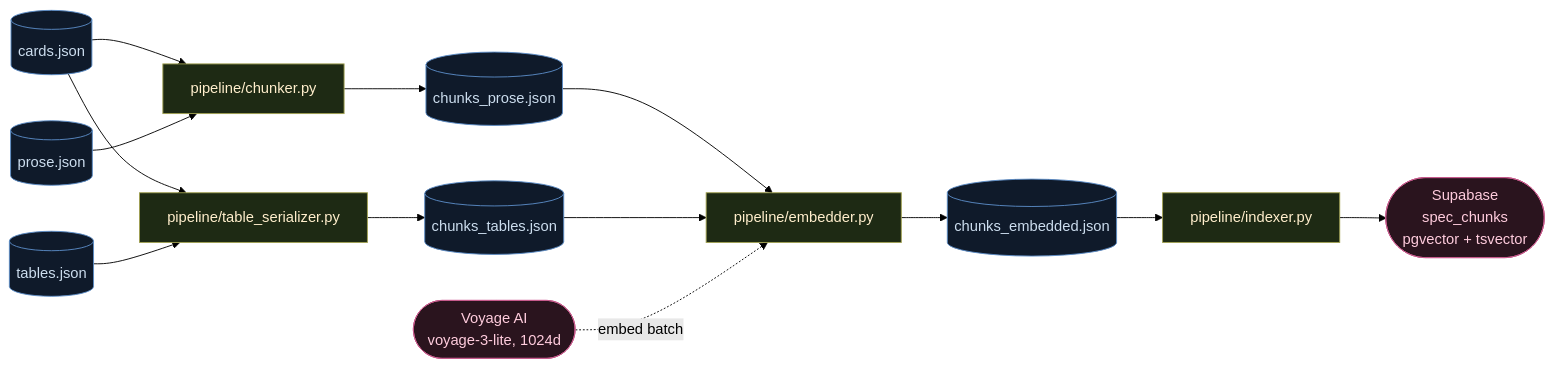
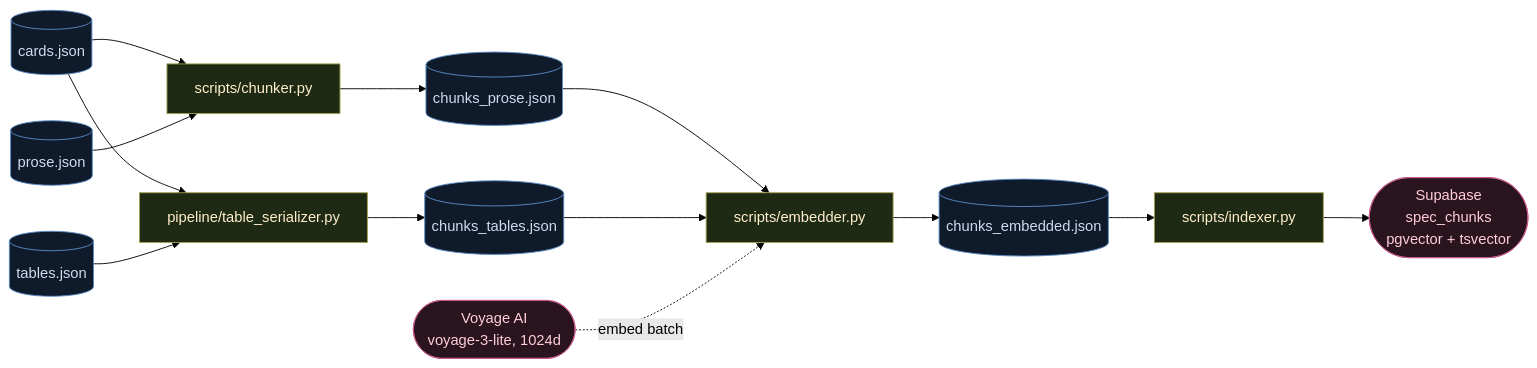
The third of 4 diagrams in docs/ARCHITECTURE.md (SSchmitt2024/specGPT), drawn with Mermaid (forest theme) before and after one commit. The commit also changed other lines of this file and 5 other files, not shown here.

````diff
--- a/docs/ARCHITECTURE.md
+++ b/docs/ARCHITECTURE.md
@@ -115,32 +115,32 @@
 ```mermaid
 flowchart LR
     cardsj[(cards.json)]
     prosej[(prose.json)]
     tabj[(tables.json)]
 
-    cardsj --> CH[pipeline/chunker.py]
+    cardsj --> CH[scripts/chunker.py]
     prosej --> CH
     CH    --> cpj[(chunks_prose.json)]
 
     cardsj --> TS[pipeline/table_serializer.py]
     tabj   --> TS
     TS    --> ctj[(chunks_tables.json)]
 
     Voy([Voyage AI<br/>voyage-3-lite, 1024d])
 
-    cpj --> EM[pipeline/embedder.py]
+    cpj --> EM[scripts/embedder.py]
     ctj --> EM
     Voy -. embed batch .-> EM
     EM  --> cej[(chunks_embedded.json)]
 
     SB([Supabase<br/>spec_chunks<br/>pgvector + tsvector])
-    cej --> IX[pipeline/indexer.py]
+    cej --> IX[scripts/indexer.py]
     IX  --> SB
 
     classDef art fill:#0f1a2a,stroke:#5b8cc7,color:#cde,stroke-width:1px;
     classDef mod fill:#1e2a14,stroke:#a0a050,color:#fec,stroke-width:1px;
     classDef ext fill:#2a141e,stroke:#c75b8c,color:#fcd,stroke-width:1px;
     class cardsj,prosej,tabj,cpj,ctj,cej art;
     class CH,TS,EM,IX mod;
     class Voy,SB ext;
 ```
````
